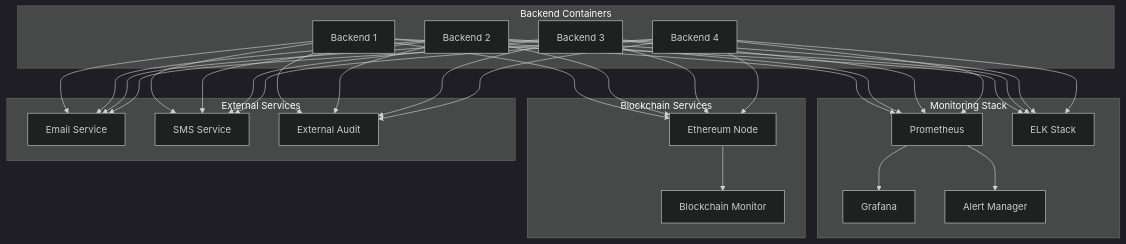
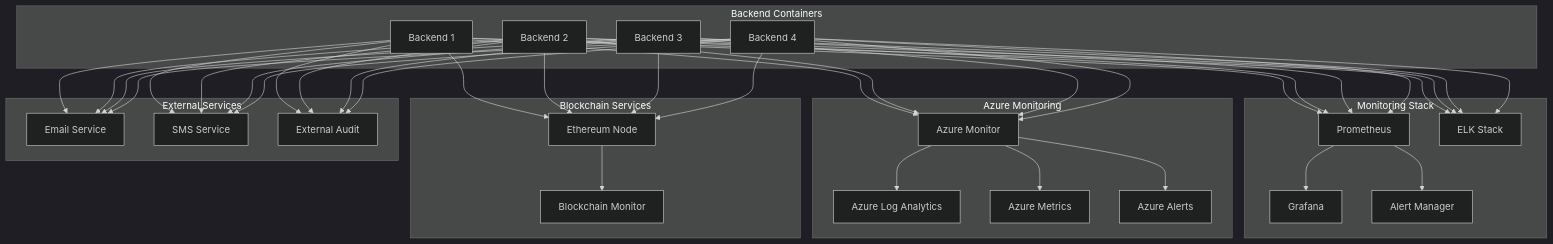
Diagram 11 of 12 in UML_4PLUS1_ARCHITECTURE_DOCUMENTATION.md (gitmujoshi/Confidential-AI-Network), drawn with Mermaid (dark theme) before and after one commit. The commit also changed other lines of this file and 2 other files, not shown here.

First line of the commit message:
docs: Update architecture documentation with Azure integration features

````diff
--- a/UML_4PLUS1_ARCHITECTURE_DOCUMENTATION.md
+++ b/UML_4PLUS1_ARCHITECTURE_DOCUMENTATION.md
@@ -886,62 +747,78 @@
 ```mermaid
 graph TB
     subgraph "Backend Containers"
         BE1[Backend 1]
         BE2[Backend 2]
         BE3[Backend 3]
         BE4[Backend 4]
     end
     
     subgraph "Monitoring Stack"
         Prometheus[Prometheus]
         Grafana[Grafana]
         AlertManager[Alert Manager]
         ELK[ELK Stack]
+    end
+    
+    subgraph "Azure Monitoring"
+        AzureMonitor[Azure Monitor]
+        AzureLogs[Azure Log Analytics]
+        AzureMetrics[Azure Metrics]
+        AzureAlerts[Azure Alerts]
     end
     
     subgraph "Blockchain Services"
         ETH_NODE[Ethereum Node]
         BC_MONITOR[Blockchain Monitor]
     end
     
     subgraph "External Services"
         Email[Email Service]
         SMS[SMS Service]
         Audit[External Audit]
     end
     
     BE1 --> Prometheus
     BE2 --> Prometheus
     BE3 --> Prometheus
     BE4 --> Prometheus
     
     Prometheus --> Grafana
     Prometheus --> AlertManager
     
     BE1 --> ELK
     BE2 --> ELK
     BE3 --> ELK
     BE4 --> ELK
     
+    BE1 --> AzureMonitor
+    BE2 --> AzureMonitor
+    BE3 --> AzureMonitor
+    BE4 --> AzureMonitor
+    
+    AzureMonitor --> AzureLogs
+    AzureMonitor --> AzureMetrics
+    AzureMonitor --> AzureAlerts
+    
     BE1 --> ETH_NODE
     BE2 --> ETH_NODE
     BE3 --> ETH_NODE
     BE4 --> ETH_NODE
     
     ETH_NODE --> BC_MONITOR
     
     BE1 --> Email
     BE2 --> Email
     BE3 --> Email
     BE4 --> Email
     
     BE1 --> SMS
     BE2 --> SMS
     BE3 --> SMS
     BE4 --> SMS
     
     BE1 --> Audit
     BE2 --> Audit
     BE3 --> Audit
     BE4 --> Audit
 ```
````
